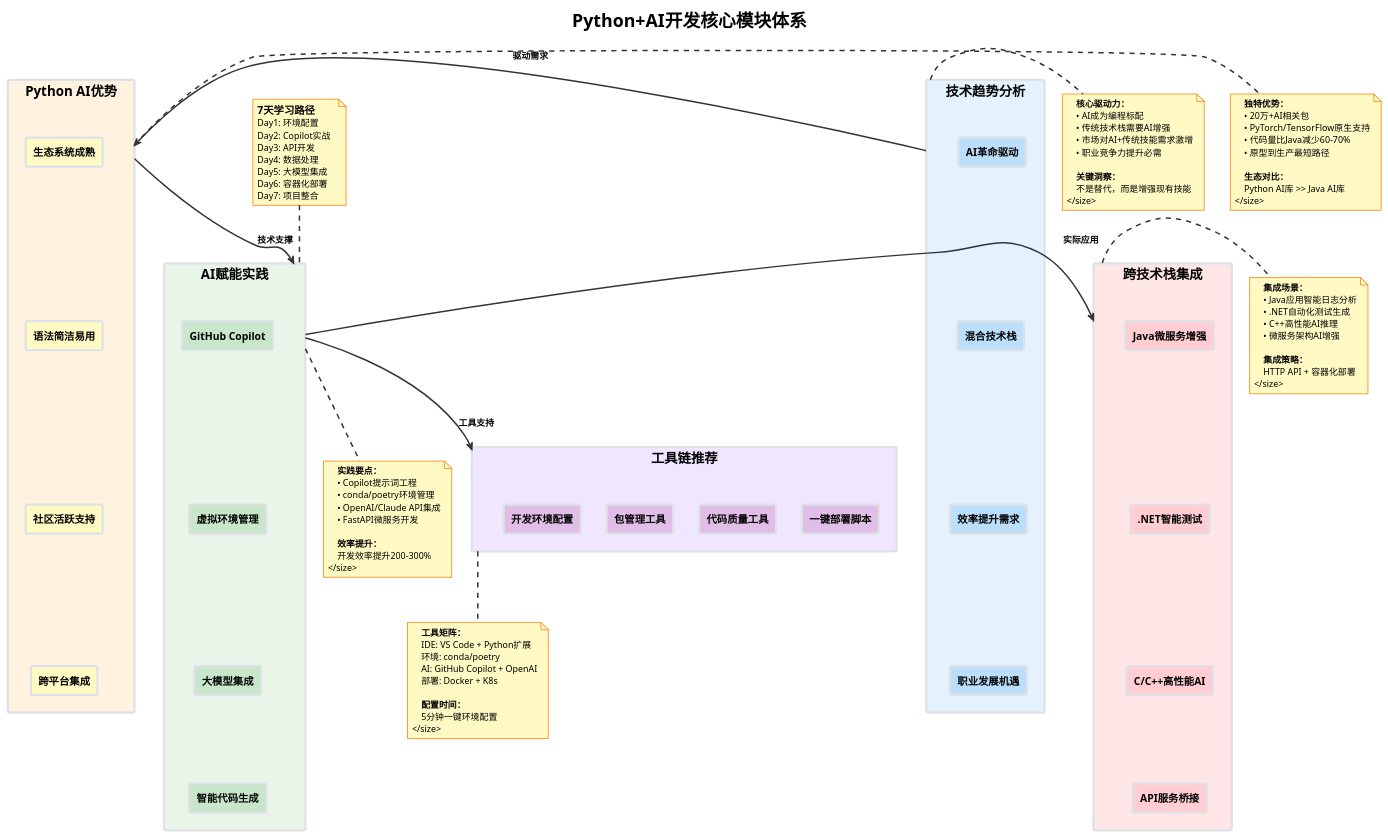
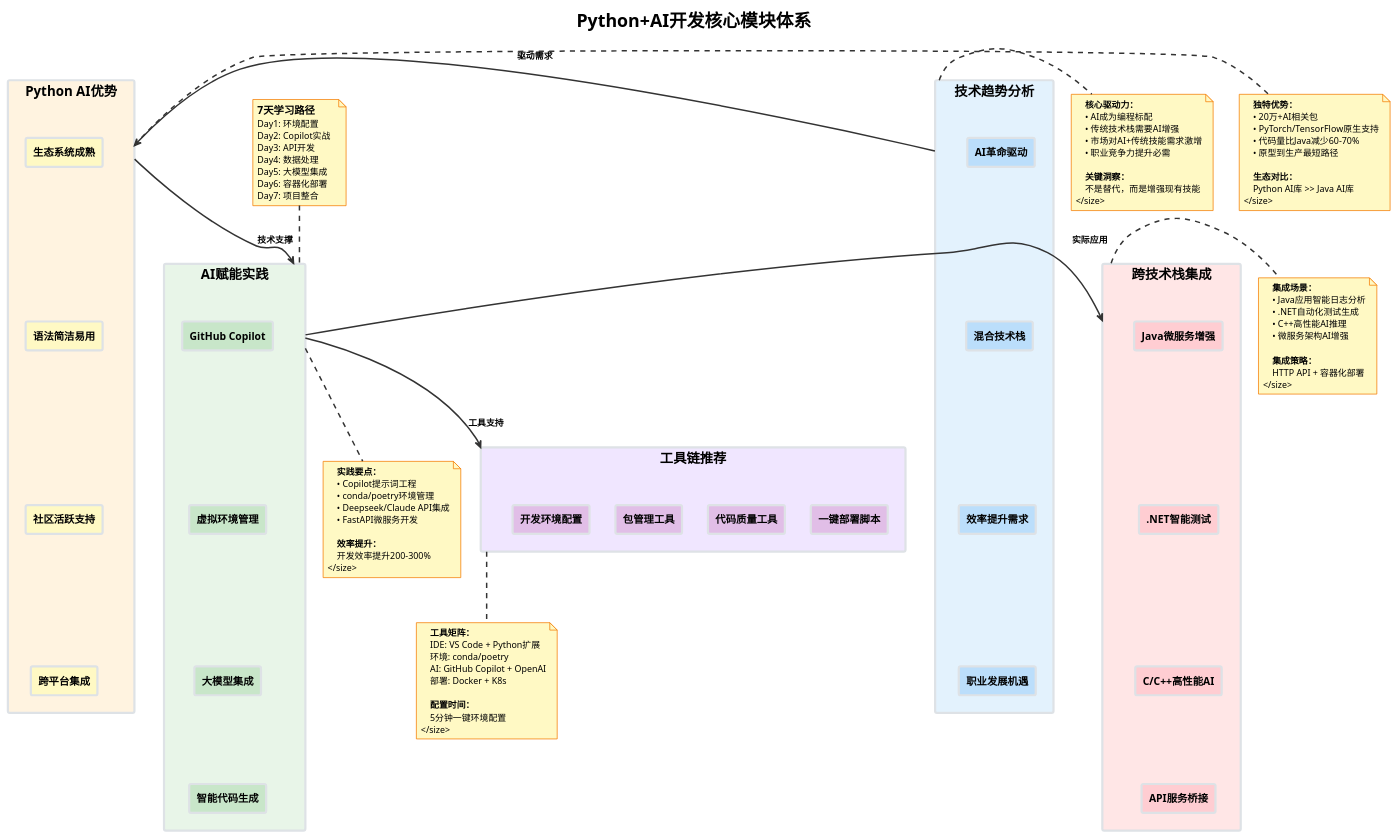
One commit to chuanminglu/aiworkdocs changed the diagram in 授课/民航凯亚/Python_AI开发核心模块图.puml. Above: the diagram before and after it, drawn with PlantUML. The commit also changed 17 other files, not shown here.

```diff
--- a/授课/民航凯亚/Python_AI开发核心模块图.puml
+++ b/授课/民航凯亚/Python_AI开发核心模块图.puml
@@ -1,163 +1,163 @@
 @startuml Python_AI_Development_Core_Modules
 !theme plain
 skinparam backgroundColor #ffffff
 skinparam rectangle {
     BackgroundColor #f8f9fa
     BorderColor #dee2e6
     BorderThickness 3
     FontSize 14
     FontStyle bold
 }
 skinparam note {
     BackgroundColor #fff9c4
     BorderColor #f57c00
     FontSize 12
 }
 skinparam arrow {
     FontSize 12
     Color #333333
     Thickness 2
 }
 
 title <size:24><b>Python+AI开发核心模块体系</b></size>
 
 ' 左侧：趋势分析
 rectangle "<size:18><b>技术趋势分析</b></size>" as trends #e3f2fd {
     rectangle "<size:14>AI革命驱动</size>" as ai_revolution #bbdefb
     rectangle "<size:14>混合技术栈</size>" as hybrid_stack #bbdefb
     rectangle "<size:14>效率提升需求</size>" as efficiency #bbdefb
     rectangle "<size:14>职业发展机遇</size>" as career #bbdefb
     
     ai_revolution -[hidden]down- hybrid_stack
     hybrid_stack -[hidden]down- efficiency
     efficiency -[hidden]down- career
 }
 
 ' 中上：Python AI优势
 rectangle "<size:18><b>Python AI优势</b></size>" as advantages #fff3e0 {
     rectangle "<size:14>生态系统成熟</size>" as ecosystem #fff9c4
     rectangle "<size:14>语法简洁易用</size>" as syntax #fff9c4
     rectangle "<size:14>社区活跃支持</size>" as community #fff9c4
     rectangle "<size:14>跨平台集成</size>" as integration #fff9c4
     
     ecosystem -[hidden]down- syntax
     syntax -[hidden]down- community
     community -[hidden]down- integration
 }
 
 ' 中心：AI赋能实践
 rectangle "<size:18><b>AI赋能实践</b></size>" as practice #e8f5e8 {
     rectangle "<size:14>GitHub Copilot</size>" as copilot #c8e6c9
     rectangle "<size:14>虚拟环境管理</size>" as venv #c8e6c9
     rectangle "<size:14>大模型集成</size>" as llm #c8e6c9
     rectangle "<size:14>智能代码生成</size>" as codegen #c8e6c9
     
     copilot -[hidden]down- venv
     venv -[hidden]down- llm
     llm -[hidden]down- codegen
 }
 
 ' 右侧：跨技术栈集成
 rectangle "<size:18><b>跨技术栈集成</b></size>" as cross_stack #ffe6e6 {
     rectangle "<size:14>Java微服务增强</size>" as java_enhance #ffcdd2
     rectangle "<size:14>.NET智能测试</size>" as dotnet_test #ffcdd2
     rectangle "<size:14>C/C++高性能AI</size>" as cpp_perf #ffcdd2
     rectangle "<size:14>API服务桥接</size>" as api_bridge #ffcdd2
     
     java_enhance -[hidden]down- dotnet_test
     dotnet_test -[hidden]down- cpp_perf
     cpp_perf -[hidden]down- api_bridge
 }
 
 ' 底部：工具链推荐
 rectangle "<size:18><b>工具链推荐</b></size>" as toolchain #f0e6ff {
     rectangle "<size:14>开发环境配置</size>" as dev_env #e1bee7
     rectangle "<size:14>包管理工具</size>" as package_mgmt #e1bee7
     rectangle "<size:14>代码质量工具</size>" as quality_tools #e1bee7
     rectangle "<size:14>一键部署脚本</size>" as deployment #e1bee7
     
     dev_env -[hidden]right- package_mgmt
     package_mgmt -[hidden]right- quality_tools
     quality_tools -[hidden]right- deployment
 }
 
 ' 主要流程连接
 trends -right-> advantages : <size:12><b>驱动需求</b></size>
 advantages -down-> practice : <size:12><b>技术支撑</b></size>
 practice -right-> cross_stack : <size:12><b>实际应用</b></size>
 practice -down-> toolchain : <size:12><b>工具支持</b></size>
 
 ' 详细说明注释
 note right of trends
     <size:12><b>核心驱动力：</b>
     • AI成为编程标配
     • 传统技术栈需要AI增强
     • 市场对AI+传统技能需求激增
     • 职业竞争力提升必需
     
     <b>关键洞察：</b>
     不是替代，而是增强现有技能
 </size>
 end note
 
 note right of advantages
     <size:12><b>独特优势：</b>
     • 20万+AI相关包
     • PyTorch/TensorFlow原生支持
     • 代码量比Java减少60-70%
     • 原型到生产最短路径
     
     <b>生态对比：</b>
     Python AI库 >> Java AI库
 </size>
 end note
 
 note bottom of practice
     <size:12><b>实践要点：</b>
     • Copilot提示词工程
     • conda/poetry环境管理
-    • OpenAI/Claude API集成
+    • Deepseek/Claude API集成
     • FastAPI微服务开发
     
     <b>效率提升：</b>
     开发效率提升200-300%
 </size>
 end note
 
 note right of cross_stack
     <size:12><b>集成场景：</b>
     • Java应用智能日志分析
     • .NET自动化测试生成
     • C++高性能AI推理
     • 微服务架构AI增强
     
     <b>集成策略：</b>
     HTTP API + 容器化部署
 </size>
 end note
 
 note bottom of toolchain
     <size:12><b>工具矩阵：</b>
     IDE: VS Code + Python扩展
     环境: conda/poetry
     AI: GitHub Copilot + OpenAI
     部署: Docker + K8s
     
     <b>配置时间：</b>
     5分钟一键环境配置
 </size>
 end note
 
 ' 学习路径指示
 note top of practice
     <size:14><b>7天学习路径</b></size>
     Day1: 环境配置
     Day2: Copilot实战  
     Day3: API开发
     Day4: 数据处理
     Day5: 大模型集成
     Day6: 容器化部署
     Day7: 项目整合
 end note
 
 @enduml
```
